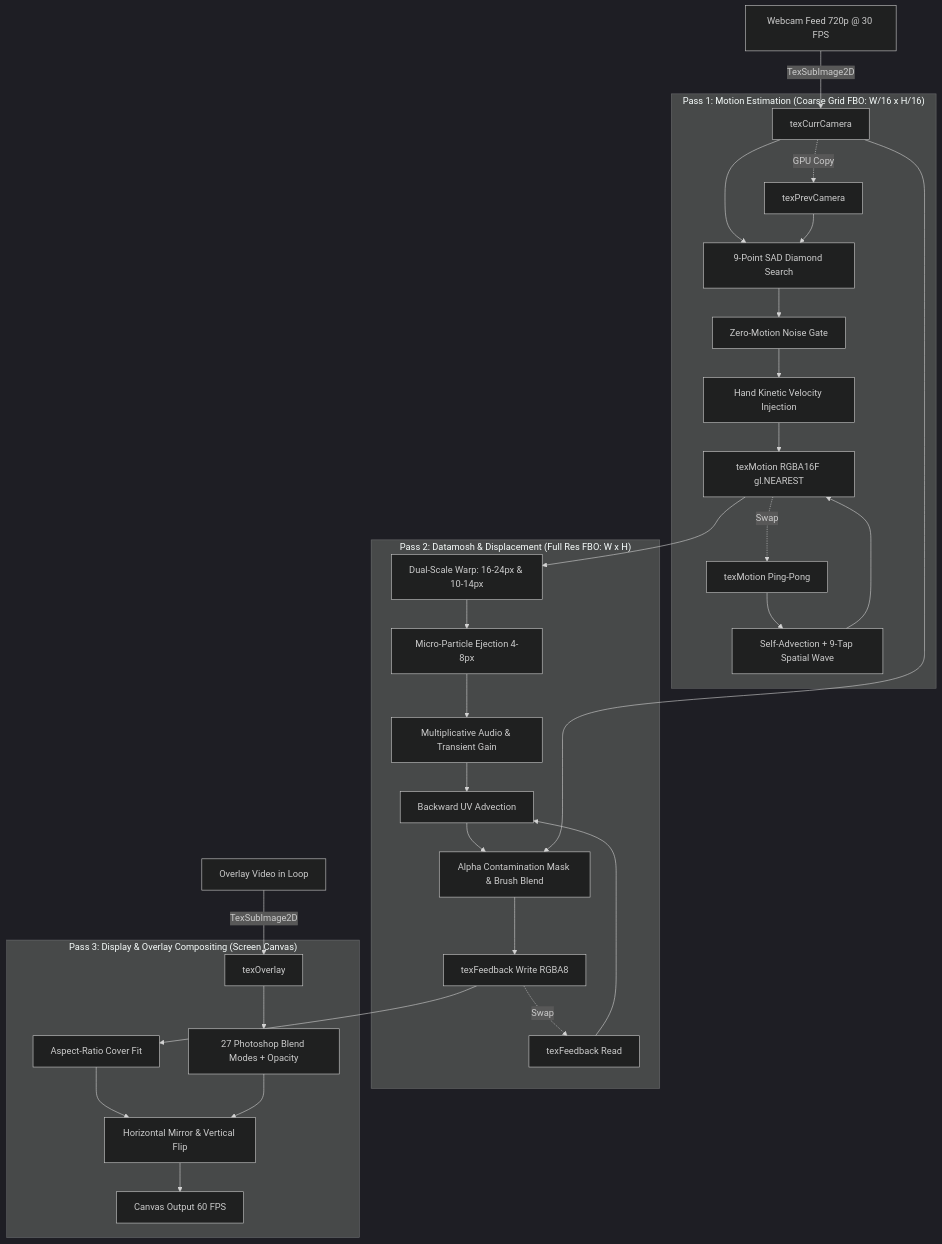
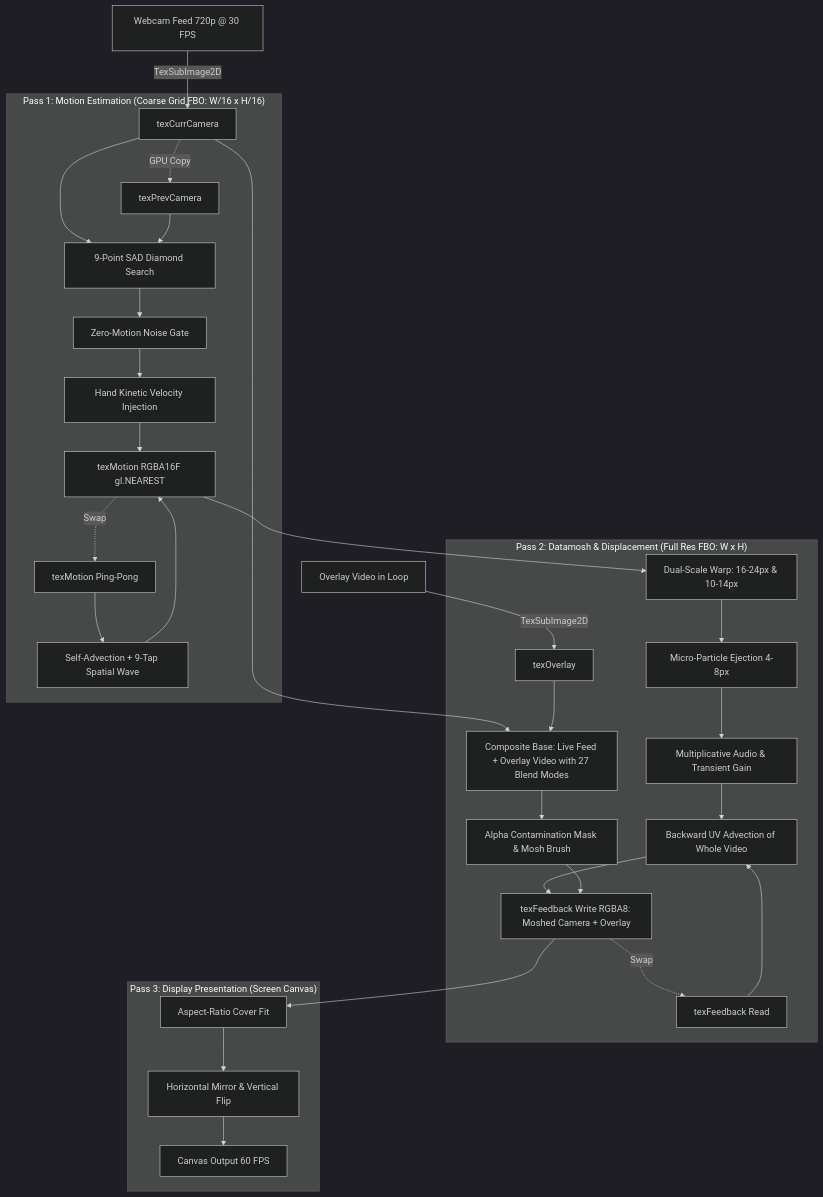
One commit to swastikp-io/MOSHROOM changed the diagram in README.md. Above: the diagram before and after it, drawn with Mermaid (dark theme). The commit also changed other lines of this file and 3 other files, not shown here.

````diff
--- a/README.md
+++ b/README.md
@@ -96,36 +96,35 @@
 ```mermaid
 flowchart TD
     Cam[Webcam Feed 720p @ 30 FPS] -->|TexSubImage2D| CurrCam[texCurrCamera]
     PrevCam[texPrevCamera]
     OverlayVid[Overlay Video in Loop] -->|TexSubImage2D| OverlayTex[texOverlay]
     
     subgraph Pass1["Pass 1: Motion Estimation (Coarse Grid FBO: W/16 x H/16)"]
         CurrCam & PrevCam --> SAD[9-Point SAD Diamond Search]
         SAD --> NoiseGate[Zero-Motion Noise Gate]
         NoiseGate --> HandVel[Hand Kinetic Velocity Injection]
         PrevMotion[texMotion Ping-Pong] --> Advect[Self-Advection + 9-Tap Spatial Wave]
         HandVel & Advect --> MotionFBO[texMotion RGBA16F gl.NEAREST]
     end
 
     subgraph Pass2["Pass 2: Datamosh & Displacement (Full Res FBO: W x H)"]
+        CurrCam & OverlayTex --> CompositeBase[Composite Base: Live Feed + Overlay Video with 27 Blend Modes]
+        CompositeBase --> ContamMask[Alpha Contamination Mask & Mosh Brush]
         MotionFBO --> DualGrid[Dual-Scale Warp: 16-24px & 10-14px]
         DualGrid --> Scatter[Micro-Particle Ejection 4-8px]
         Scatter --> AudioSurge[Multiplicative Audio & Transient Gain]
-        AudioSurge --> AdvectUV[Backward UV Advection]
+        AudioSurge --> AdvectUV[Backward UV Advection of Whole Video]
         PrevFeedback[texFeedback Read] --> AdvectUV
-        AdvectUV --> ContamMask[Alpha Contamination Mask & Brush Blend]
-        CurrCam --> ContamMask
-        ContamMask --> FeedbackFBO[texFeedback Write RGBA8]
+        AdvectUV & ContamMask --> FeedbackFBO[texFeedback Write RGBA8: Moshed Camera + Overlay]
     end
 
-    subgraph Pass3["Pass 3: Display & Overlay Compositing (Screen Canvas)"]
+    subgraph Pass3["Pass 3: Display Presentation (Screen Canvas)"]
         FeedbackFBO --> CoverAspect[Aspect-Ratio Cover Fit]
-        OverlayTex --> BlendModes[27 Photoshop Blend Modes + Opacity]
-        CoverAspect & BlendModes --> MirrorFlip[Horizontal Mirror & Vertical Flip]
+        CoverAspect --> MirrorFlip[Horizontal Mirror & Vertical Flip]
         MirrorFlip --> ScreenCanvas[Canvas Output 60 FPS]
     end
 
     FeedbackFBO -.->|Swap| PrevFeedback
     MotionFBO -.->|Swap| PrevMotion
     CurrCam -.->|GPU Copy| PrevCam
 ```
````
